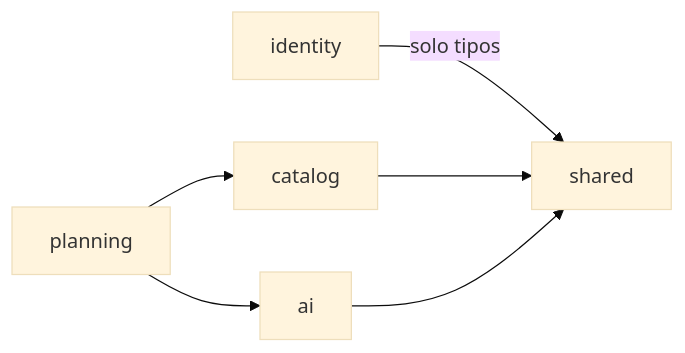
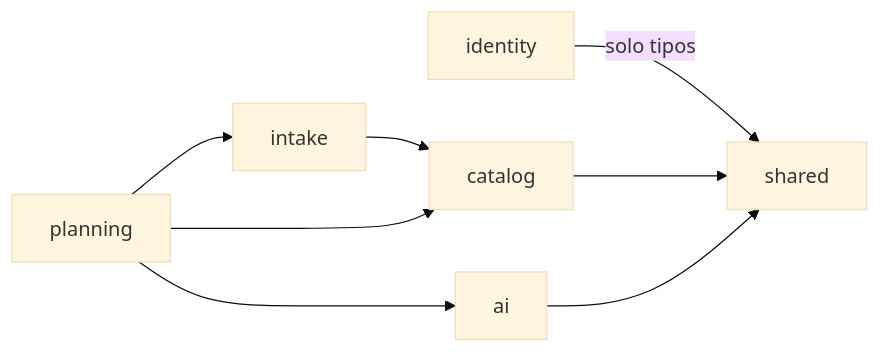
One commit to SamSof28/Trazo changed the first of 2 diagrams in docs/ARCHITECTURE.md. Above: the diagram before and after it, drawn with Mermaid (base theme). The commit also changed other lines of this file and 41 other files, not shown here.

````diff
--- a/docs/ARCHITECTURE.md
+++ b/docs/ARCHITECTURE.md
@@ -42,8 +42,10 @@
 ```mermaid
 flowchart LR
     identity -->|solo tipos| shared
     catalog --> shared
+    intake --> catalog
     planning --> catalog
+    planning --> intake
     planning --> ai
     ai --> shared
 ```
````
